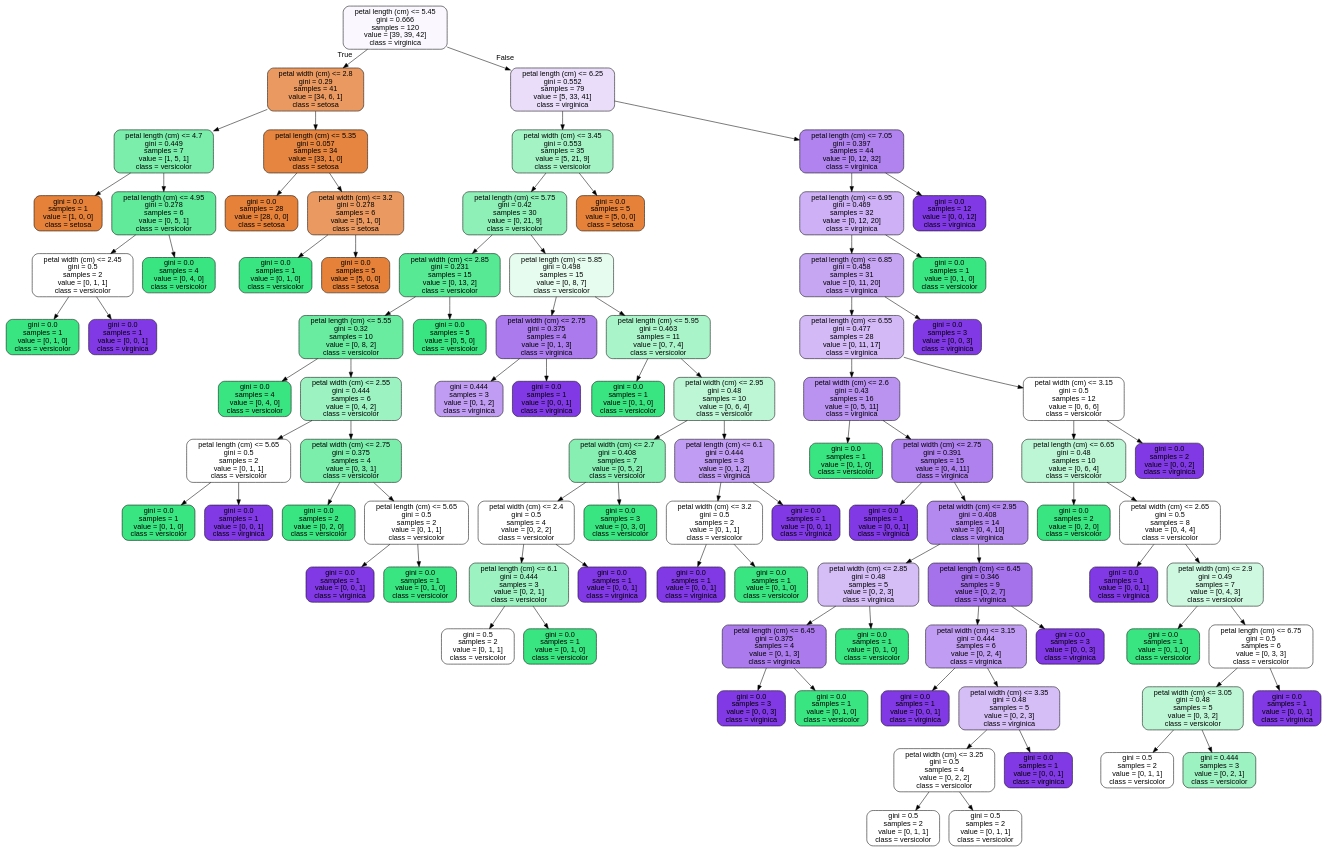
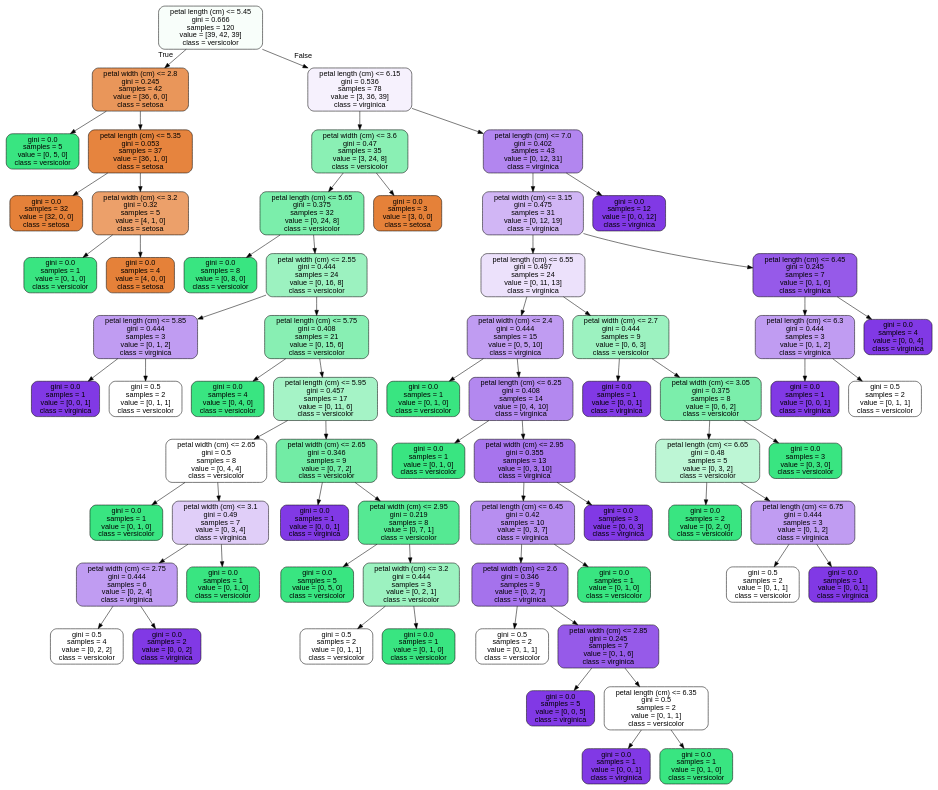
Before and after one commit to JoseDeJesusMendozaBecerril/Practica4_MineriaDeDatos: the diagram in images/decision_trees/iris_tree_train.dot, drawn with Graphviz. The commit also changed 10 other files, not shown here.

```diff
--- a/images/decision_trees/iris_tree_train.dot
+++ b/images/decision_trees/iris_tree_train.dot
@@ -1,181 +1,137 @@
 digraph Tree {
 node [shape=box, style="filled, rounded", color="black", fontname=helvetica] ;
 edge [fontname=helvetica] ;
-0 [label="petal length (cm) <= 5.45\ngini = 0.666\nsamples = 120\nvalue = [39, 39, 42]\nclass = virginica", fillcolor="#faf8fe"] ;
-1 [label="petal width (cm) <= 2.8\ngini = 0.29\nsamples = 41\nvalue = [34, 6, 1]\nclass = setosa", fillcolor="#ea9a61"] ;
+0 [label="petal length (cm) <= 5.45\ngini = 0.666\nsamples = 120\nvalue = [39, 42, 39]\nclass = versicolor", fillcolor="#f8fefa"] ;
+1 [label="petal width (cm) <= 2.8\ngini = 0.245\nsamples = 42\nvalue = [36, 6, 0]\nclass = setosa", fillcolor="#e9965a"] ;
 0 -> 1 [labeldistance=2.5, labelangle=45, headlabel="True"] ;
-2 [label="petal length (cm) <= 4.7\ngini = 0.449\nsamples = 7\nvalue = [1, 5, 1]\nclass = versicolor", fillcolor="#7beeab"] ;
+2 [label="gini = 0.0\nsamples = 5\nvalue = [0, 5, 0]\nclass = versicolor", fillcolor="#39e581"] ;
 1 -> 2 ;
-3 [label="gini = 0.0\nsamples = 1\nvalue = [1, 0, 0]\nclass = setosa", fillcolor="#e58139"] ;
-2 -> 3 ;
-4 [label="petal length (cm) <= 4.95\ngini = 0.278\nsamples = 6\nvalue = [0, 5, 1]\nclass = versicolor", fillcolor="#61ea9a"] ;
-2 -> 4 ;
-5 [label="petal width (cm) <= 2.45\ngini = 0.5\nsamples = 2\nvalue = [0, 1, 1]\nclass = versicolor", fillcolor="#ffffff"] ;
-4 -> 5 ;
+3 [label="petal length (cm) <= 5.35\ngini = 0.053\nsamples = 37\nvalue = [36, 1, 0]\nclass = setosa", fillcolor="#e6843e"] ;
+1 -> 3 ;
+4 [label="gini = 0.0\nsamples = 32\nvalue = [32, 0, 0]\nclass = setosa", fillcolor="#e58139"] ;
+3 -> 4 ;
+5 [label="petal width (cm) <= 3.2\ngini = 0.32\nsamples = 5\nvalue = [4, 1, 0]\nclass = setosa", fillcolor="#eca06a"] ;
+3 -> 5 ;
 6 [label="gini = 0.0\nsamples = 1\nvalue = [0, 1, 0]\nclass = versicolor", fillcolor="#39e581"] ;
 5 -> 6 ;
-7 [label="gini = 0.0\nsamples = 1\nvalue = [0, 0, 1]\nclass = virginica", fillcolor="#8139e5"] ;
+7 [label="gini = 0.0\nsamples = 4\nvalue = [4, 0, 0]\nclass = setosa", fillcolor="#e58139"] ;
 5 -> 7 ;
-8 [label="gini = 0.0\nsamples = 4\nvalue = [0, 4, 0]\nclass = versicolor", fillcolor="#39e581"] ;
-4 -> 8 ;
-9 [label="petal length (cm) <= 5.35\ngini = 0.057\nsamples = 34\nvalue = [33, 1, 0]\nclass = setosa", fillcolor="#e6853f"] ;
-1 -> 9 ;
-10 [label="gini = 0.0\nsamples = 28\nvalue = [28, 0, 0]\nclass = setosa", fillcolor="#e58139"] ;
+8 [label="petal length (cm) <= 6.15\ngini = 0.536\nsamples = 78\nvalue = [3, 36, 39]\nclass = virginica", fillcolor="#f6f1fd"] ;
+0 -> 8 [labeldistance=2.5, labelangle=-45, headlabel="False"] ;
+9 [label="petal width (cm) <= 3.6\ngini = 0.47\nsamples = 35\nvalue = [3, 24, 8]\nclass = versicolor", fillcolor="#8af0b4"] ;
+8 -> 9 ;
+10 [label="petal length (cm) <= 5.65\ngini = 0.375\nsamples = 32\nvalue = [0, 24, 8]\nclass = versicolor", fillcolor="#7beeab"] ;
 9 -> 10 ;
-11 [label="petal width (cm) <= 3.2\ngini = 0.278\nsamples = 6\nvalue = [5, 1, 0]\nclass = setosa", fillcolor="#ea9a61"] ;
-9 -> 11 ;
-12 [label="gini = 0.0\nsamples = 1\nvalue = [0, 1, 0]\nclass = versicolor", fillcolor="#39e581"] ;
-11 -> 12 ;
-13 [label="gini = 0.0\nsamples = 5\nvalue = [5, 0, 0]\nclass = setosa", fillcolor="#e58139"] ;
-11 -> 13 ;
-14 [label="petal length (cm) <= 6.25\ngini = 0.552\nsamples = 79\nvalue = [5, 33, 41]\nclass = virginica", fillcolor="#e9ddfa"] ;
-0 -> 14 [labeldistance=2.5, labelangle=-45, headlabel="False"] ;
-15 [label="petal width (cm) <= 3.45\ngini = 0.553\nsamples = 35\nvalue = [5, 21, 9]\nclass = versicolor", fillcolor="#a4f3c5"] ;
-14 -> 15 ;
-16 [label="petal length (cm) <= 5.75\ngini = 0.42\nsamples = 30\nvalue = [0, 21, 9]\nclass = versicolor", fillcolor="#8ef0b7"] ;
-15 -> 16 ;
-17 [label="petal width (cm) <= 2.85\ngini = 0.231\nsamples = 15\nvalue = [0, 13, 2]\nclass = versicolor", fillcolor="#57e994"] ;
+11 [label="gini = 0.0\nsamples = 8\nvalue = [0, 8, 0]\nclass = versicolor", fillcolor="#39e581"] ;
+10 -> 11 ;
+12 [label="petal width (cm) <= 2.55\ngini = 0.444\nsamples = 24\nvalue = [0, 16, 8]\nclass = versicolor", fillcolor="#9cf2c0"] ;
+10 -> 12 ;
+13 [label="petal length (cm) <= 5.85\ngini = 0.444\nsamples = 3\nvalue = [0, 1, 2]\nclass = virginica", fillcolor="#c09cf2"] ;
+12 -> 13 ;
+14 [label="gini = 0.0\nsamples = 1\nvalue = [0, 0, 1]\nclass = virginica", fillcolor="#8139e5"] ;
+13 -> 14 ;
+15 [label="gini = 0.5\nsamples = 2\nvalue = [0, 1, 1]\nclass = versicolor", fillcolor="#ffffff"] ;
+13 -> 15 ;
+16 [label="petal length (cm) <= 5.75\ngini = 0.408\nsamples = 21\nvalue = [0, 15, 6]\nclass = versicolor", fillcolor="#88efb3"] ;
+12 -> 16 ;
+17 [label="gini = 0.0\nsamples = 4\nvalue = [0, 4, 0]\nclass = versicolor", fillcolor="#39e581"] ;
 16 -> 17 ;
-18 [label="petal length (cm) <= 5.55\ngini = 0.32\nsamples = 10\nvalue = [0, 8, 2]\nclass = versicolor", fillcolor="#6aeca0"] ;
-17 -> 18 ;
-19 [label="gini = 0.0\nsamples = 4\nvalue = [0, 4, 0]\nclass = versicolor", fillcolor="#39e581"] ;
+18 [label="petal length (cm) <= 5.95\ngini = 0.457\nsamples = 17\nvalue = [0, 11, 6]\nclass = versicolor", fillcolor="#a5f3c6"] ;
+16 -> 18 ;
+19 [label="petal width (cm) <= 2.65\ngini = 0.5\nsamples = 8\nvalue = [0, 4, 4]\nclass = versicolor", fillcolor="#ffffff"] ;
 18 -> 19 ;
-20 [label="petal width (cm) <= 2.55\ngini = 0.444\nsamples = 6\nvalue = [0, 4, 2]\nclass = versicolor", fillcolor="#9cf2c0"] ;
-18 -> 20 ;
-21 [label="petal length (cm) <= 5.65\ngini = 0.5\nsamples = 2\nvalue = [0, 1, 1]\nclass = versicolor", fillcolor="#ffffff"] ;
-20 -> 21 ;
-22 [label="gini = 0.0\nsamples = 1\nvalue = [0, 1, 0]\nclass = versicolor", fillcolor="#39e581"] ;
+20 [label="gini = 0.0\nsamples = 1\nvalue = [0, 1, 0]\nclass = versicolor", fillcolor="#39e581"] ;
+19 -> 20 ;
+21 [label="petal width (cm) <= 3.1\ngini = 0.49\nsamples = 7\nvalue = [0, 3, 4]\nclass = virginica", fillcolor="#e0cef8"] ;
+19 -> 21 ;
+22 [label="petal width (cm) <= 2.75\ngini = 0.444\nsamples = 6\nvalue = [0, 2, 4]\nclass = virginica", fillcolor="#c09cf2"] ;
 21 -> 22 ;
-23 [label="gini = 0.0\nsamples = 1\nvalue = [0, 0, 1]\nclass = virginica", fillcolor="#8139e5"] ;
-21 -> 23 ;
-24 [label="petal width (cm) <= 2.75\ngini = 0.375\nsamples = 4\nvalue = [0, 3, 1]\nclass = versicolor", fillcolor="#7beeab"] ;
-20 -> 24 ;
-25 [label="gini = 0.0\nsamples = 2\nvalue = [0, 2, 0]\nclass = versicolor", fillcolor="#39e581"] ;
-24 -> 25 ;
-26 [label="petal length (cm) <= 5.65\ngini = 0.5\nsamples = 2\nvalue = [0, 1, 1]\nclass = versicolor", fillcolor="#ffffff"] ;
-24 -> 26 ;
+23 [label="gini = 0.5\nsamples = 4\nvalue = [0, 2, 2]\nclass = versicolor", fillcolor="#ffffff"] ;
+22 -> 23 ;
+24 [label="gini = 0.0\nsamples = 2\nvalue = [0, 0, 2]\nclass = virginica", fillcolor="#8139e5"] ;
+22 -> 24 ;
+25 [label="gini = 0.0\nsamples = 1\nvalue = [0, 1, 0]\nclass = versicolor", fillcolor="#39e581"] ;
+21 -> 25 ;
+26 [label="petal width (cm) <= 2.65\ngini = 0.346\nsamples = 9\nvalue = [0, 7, 2]\nclass = versicolor", fillcolor="#72eca5"] ;
+18 -> 26 ;
 27 [label="gini = 0.0\nsamples = 1\nvalue = [0, 0, 1]\nclass = virginica", fillcolor="#8139e5"] ;
 26 -> 27 ;
-28 [label="gini = 0.0\nsamples = 1\nvalue = [0, 1, 0]\nclass = versicolor", fillcolor="#39e581"] ;
+28 [label="petal width (cm) <= 2.95\ngini = 0.219\nsamples = 8\nvalue = [0, 7, 1]\nclass = versicolor", fillcolor="#55e993"] ;
 26 -> 28 ;
 29 [label="gini = 0.0\nsamples = 5\nvalue = [0, 5, 0]\nclass = versicolor", fillcolor="#39e581"] ;
-17 -> 29 ;
-30 [label="petal length (cm) <= 5.85\ngini = 0.498\nsamples = 15\nvalue = [0, 8, 7]\nclass = versicolor", fillcolor="#e6fcef"] ;
-16 -> 30 ;
-31 [label="petal width (cm) <= 2.75\ngini = 0.375\nsamples = 4\nvalue = [0, 1, 3]\nclass = virginica", fillcolor="#ab7bee"] ;
+28 -> 29 ;
+30 [label="petal width (cm) <= 3.2\ngini = 0.444\nsamples = 3\nvalue = [0, 2, 1]\nclass = versicolor", fillcolor="#9cf2c0"] ;
+28 -> 30 ;
+31 [label="gini = 0.5\nsamples = 2\nvalue = [0, 1, 1]\nclass = versicolor", fillcolor="#ffffff"] ;
 30 -> 31 ;
-32 [label="gini = 0.444\nsamples = 3\nvalue = [0, 1, 2]\nclass = virginica", fillcolor="#c09cf2"] ;
-31 -> 32 ;
-33 [label="gini = 0.0\nsamples = 1\nvalue = [0, 0, 1]\nclass = virginica", fillcolor="#8139e5"] ;
-31 -> 33 ;
-34 [label="petal length (cm) <= 5.95\ngini = 0.463\nsamples = 11\nvalue = [0, 7, 4]\nclass = versicolor", fillcolor="#aaf4c9"] ;
-30 -> 34 ;
-35 [label="gini = 0.0\nsamples = 1\nvalue = [0, 1, 0]\nclass = versicolor", fillcolor="#39e581"] ;
+32 [label="gini = 0.0\nsamples = 1\nvalue = [0, 1, 0]\nclass = versicolor", fillcolor="#39e581"] ;
+30 -> 32 ;
+33 [label="gini = 0.0\nsamples = 3\nvalue = [3, 0, 0]\nclass = setosa", fillcolor="#e58139"] ;
+9 -> 33 ;
+34 [label="petal length (cm) <= 7.0\ngini = 0.402\nsamples = 43\nvalue = [0, 12, 31]\nclass = virginica", fillcolor="#b286ef"] ;
+8 -> 34 ;
+35 [label="petal width (cm) <= 3.15\ngini = 0.475\nsamples = 31\nvalue = [0, 12, 19]\nclass = virginica", fillcolor="#d1b6f5"] ;
 34 -> 35 ;
-36 [label="petal width (cm) <= 2.95\ngini = 0.48\nsamples = 10\nvalue = [0, 6, 4]\nclass = versicolor", fillcolor="#bdf6d5"] ;
-34 -> 36 ;
-37 [label="petal width (cm) <= 2.7\ngini = 0.408\nsamples = 7\nvalue = [0, 5, 2]\nclass = versicolor", fillcolor="#88efb3"] ;
+36 [label="petal length (cm) <= 6.55\ngini = 0.497\nsamples = 24\nvalue = [0, 11, 13]\nclass = virginica", fillcolor="#ece1fb"] ;
+35 -> 36 ;
+37 [label="petal width (cm) <= 2.4\ngini = 0.444\nsamples = 15\nvalue = [0, 5, 10]\nclass = virginica", fillcolor="#c09cf2"] ;
 36 -> 37 ;
-38 [label="petal width (cm) <= 2.4\ngini = 0.5\nsamples = 4\nvalue = [0, 2, 2]\nclass = versicolor", fillcolor="#ffffff"] ;
+38 [label="gini = 0.0\nsamples = 1\nvalue = [0, 1, 0]\nclass = versicolor", fillcolor="#39e581"] ;
 37 -> 38 ;
-39 [label="petal length (cm) <= 6.1\ngini = 0.444\nsamples = 3\nvalue = [0, 2, 1]\nclass = versicolor", fillcolor="#9cf2c0"] ;
-38 -> 39 ;
-40 [label="gini = 0.5\nsamples = 2\nvalue = [0, 1, 1]\nclass = versicolor", fillcolor="#ffffff"] ;
+39 [label="petal length (cm) <= 6.25\ngini = 0.408\nsamples = 14\nvalue = [0, 4, 10]\nclass = virginica", fillcolor="#b388ef"] ;
+37 -> 39 ;
+40 [label="gini = 0.0\nsamples = 1\nvalue = [0, 1, 0]\nclass = versicolor", fillcolor="#39e581"] ;
 39 -> 40 ;
-41 [label="gini = 0.0\nsamples = 1\nvalue = [0, 1, 0]\nclass = versicolor", fillcolor="#39e581"] ;
+41 [label="petal width (cm) <= 2.95\ngini = 0.355\nsamples = 13\nvalue = [0, 3, 10]\nclass = virginica", fillcolor="#a774ed"] ;
 39 -> 41 ;
-42 [label="gini = 0.0\nsamples = 1\nvalue = [0, 0, 1]\nclass = virginica", fillcolor="#8139e5"] ;
-38 -> 42 ;
-43 [label="gini = 0.0\nsamples = 3\nvalue = [0, 3, 0]\nclass = versicolor", fillcolor="#39e581"] ;
-37 -> 43 ;
-44 [label="petal length (cm) <= 6.1\ngini = 0.444\nsamples = 3\nvalue = [0, 1, 2]\nclass = virginica", fillcolor="#c09cf2"] ;
-36 -> 44 ;
-45 [label="petal width (cm) <= 3.2\ngini = 0.5\nsamples = 2\nvalue = [0, 1, 1]\nclass = versicolor", fillcolor="#ffffff"] ;
-44 -> 45 ;
-46 [label="gini = 0.0\nsamples = 1\nvalue = [0, 0, 1]\nclass = virginica", fillcolor="#8139e5"] ;
+42 [label="petal length (cm) <= 6.45\ngini = 0.42\nsamples = 10\nvalue = [0, 3, 7]\nclass = virginica", fillcolor="#b78ef0"] ;
+41 -> 42 ;
+43 [label="petal width (cm) <= 2.6\ngini = 0.346\nsamples = 9\nvalue = [0, 2, 7]\nclass = virginica", fillcolor="#a572ec"] ;
+42 -> 43 ;
+44 [label="gini = 0.5\nsamples = 2\nvalue = [0, 1, 1]\nclass = versicolor", fillcolor="#ffffff"] ;
+43 -> 44 ;
+45 [label="petal width (cm) <= 2.85\ngini = 0.245\nsamples = 7\nvalue = [0, 1, 6]\nclass = virginica", fillcolor="#965ae9"] ;
+43 -> 45 ;
+46 [label="gini = 0.0\nsamples = 5\nvalue = [0, 0, 5]\nclass = virginica", fillcolor="#8139e5"] ;
 45 -> 46 ;
-47 [label="gini = 0.0\nsamples = 1\nvalue = [0, 1, 0]\nclass = versicolor", fillcolor="#39e581"] ;
+47 [label="petal length (cm) <= 6.35\ngini = 0.5\nsamples = 2\nvalue = [0, 1, 1]\nclass = versicolor", fillcolor="#ffffff"] ;
 45 -> 47 ;
 48 [label="gini = 0.0\nsamples = 1\nvalue = [0, 0, 1]\nclass = virginica", fillcolor="#8139e5"] ;
-44 -> 48 ;
-49 [label="gini = 0.0\nsamples = 5\nvalue = [5, 0, 0]\nclass = setosa", fillcolor="#e58139"] ;
-15 -> 49 ;
-50 [label="petal length (cm) <= 7.05\ngini = 0.397\nsamples = 44\nvalue = [0, 12, 32]\nclass = virginica", fillcolor="#b083ef"] ;
-14 -> 50 ;
-51 [label="petal length (cm) <= 6.95\ngini = 0.469\nsamples = 32\nvalue = [0, 12, 20]\nclass = virginica", fillcolor="#cdb0f5"] ;
-50 -> 51 ;
-52 [label="petal length (cm) <= 6.85\ngini = 0.458\nsamples = 31\nvalue = [0, 11, 20]\nclass = virginica", fillcolor="#c6a6f3"] ;
-51 -> 52 ;
-53 [label="petal length (cm) <= 6.55\ngini = 0.477\nsamples = 28\nvalue = [0, 11, 17]\nclass = virginica", fillcolor="#d3b9f6"] ;
+47 -> 48 ;
+49 [label="gini = 0.0\nsamples = 1\nvalue = [0, 1, 0]\nclass = versicolor", fillcolor="#39e581"] ;
+47 -> 49 ;
+50 [label="gini = 0.0\nsamples = 1\nvalue = [0, 1, 0]\nclass = versicolor", fillcolor="#39e581"] ;
+42 -> 50 ;
+51 [label="gini = 0.0\nsamples = 3\nvalue = [0, 0, 3]\nclass = virginica", fillcolor="#8139e5"] ;
+41 -> 51 ;
+52 [label="petal width (cm) <= 2.7\ngini = 0.444\nsamples = 9\nvalue = [0, 6, 3]\nclass = versicolor", fillcolor="#9cf2c0"] ;
+36 -> 52 ;
+53 [label="gini = 0.0\nsamples = 1\nvalue = [0, 0, 1]\nclass = virginica", fillcolor="#8139e5"] ;
 52 -> 53 ;
-54 [label="petal width (cm) <= 2.6\ngini = 0.43\nsamples = 16\nvalue = [0, 5, 11]\nclass = virginica", fillcolor="#ba93f1"] ;
-53 -> 54 ;
-55 [label="gini = 0.0\nsamples = 1\nvalue = [0, 1, 0]\nclass = versicolor", fillcolor="#39e581"] ;
+54 [label="petal width (cm) <= 3.05\ngini = 0.375\nsamples = 8\nvalue = [0, 6, 2]\nclass = versicolor", fillcolor="#7beeab"] ;
+52 -> 54 ;
+55 [label="petal length (cm) <= 6.65\ngini = 0.48\nsamples = 5\nvalue = [0, 3, 2]\nclass = versicolor", fillcolor="#bdf6d5"] ;
 54 -> 55 ;
-56 [label="petal width (cm) <= 2.75\ngini = 0.391\nsamples = 15\nvalue = [0, 4, 11]\nclass = virginica", fillcolor="#af81ee"] ;
-54 -> 56 ;
-57 [label="gini = 0.0\nsamples = 1\nvalue = [0, 0, 1]\nclass = virginica", fillcolor="#8139e5"] ;
-56 -> 57 ;
-58 [label="petal width (cm) <= 2.95\ngini = 0.408\nsamples = 14\nvalue = [0, 4, 10]\nclass = virginica", fillcolor="#b388ef"] ;
-56 -> 58 ;
-59 [label="petal width (cm) <= 2.85\ngini = 0.48\nsamples = 5\nvalue = [0, 2, 3]\nclass = virginica", fillcolor="#d5bdf6"] ;
-58 -> 59 ;
-60 [label="petal length (cm) <= 6.45\ngini = 0.375\nsamples = 4\nvalue = [0, 1, 3]\nclass = virginica", fillcolor="#ab7bee"] ;
-59 -> 60 ;
-61 [label="gini = 0.0\nsamples = 3\nvalue = [0, 0, 3]\nclass = virginica", fillcolor="#8139e5"] ;
-60 -> 61 ;
-62 [label="gini = 0.0\nsamples = 1\nvalue = [0, 1, 0]\nclass = versicolor", fillcolor="#39e581"] ;
-60 -> 62 ;
-63 [label="gini = 0.0\nsamples = 1\nvalue = [0, 1, 0]\nclass = versicolor", fillcolor="#39e581"] ;
-59 -> 63 ;
-64 [label="petal length (cm) <= 6.45\ngini = 0.346\nsamples = 9\nvalue = [0, 2, 7]\nclass = virginica", fillcolor="#a572ec"] ;
-58 -> 64 ;
-65 [label="petal width (cm) <= 3.15\ngini = 0.444\nsamples = 6\nvalue = [0, 2, 4]\nclass = virginica", fillcolor="#c09cf2"] ;
-64 -> 65 ;
-66 [label="gini = 0.0\nsamples = 1\nvalue = [0, 0, 1]\nclass = virginica", fillcolor="#8139e5"] ;
-65 -> 66 ;
-67 [label="petal width (cm) <= 3.35\ngini = 0.48\nsamples = 5\nvalue = [0, 2, 3]\nclass = virginica", fillcolor="#d5bdf6"] ;
-65 -> 67 ;
-68 [label="petal width (cm) <= 3.25\ngini = 0.5\nsamples = 4\nvalue = [0, 2, 2]\nclass = versicolor", fillcolor="#ffffff"] ;
-67 -> 68 ;
-69 [label="gini = 0.5\nsamples = 2\nvalue = [0, 1, 1]\nclass = versicolor", fillcolor="#ffffff"] ;
-68 -> 69 ;
-70 [label="gini = 0.5\nsamples = 2\nvalue = [0, 1, 1]\nclass = versicolor", fillcolor="#ffffff"] ;
-68 -> 70 ;
-71 [label="gini = 0.0\nsamples = 1\nvalue = [0, 0, 1]\nclass = virginica", fillcolor="#8139e5"] ;
-67 -> 71 ;
-72 [label="gini = 0.0\nsamples = 3\nvalue = [0, 0, 3]\nclass = virginica", fillcolor="#8139e5"] ;
-64 -> 72 ;
-73 [label="petal width (cm) <= 3.15\ngini = 0.5\nsamples = 12\nvalue = [0, 6, 6]\nclass = versicolor", fillcolor="#ffffff"] ;
-53 -> 73 ;
-74 [label="petal length (cm) <= 6.65\ngini = 0.48\nsamples = 10\nvalue = [0, 6, 4]\nclass = versicolor", fillcolor="#bdf6d5"] ;
-73 -> 74 ;
-75 [label="gini = 0.0\nsamples = 2\nvalue = [0, 2, 0]\nclass = versicolor", fillcolor="#39e581"] ;
-74 -> 75 ;
-76 [label="petal width (cm) <= 2.65\ngini = 0.5\nsamples = 8\nvalue = [0, 4, 4]\nclass = versicolor", fillcolor="#ffffff"] ;
-74 -> 76 ;
-77 [label="gini = 0.0\nsamples = 1\nvalue = [0, 0, 1]\nclass = virginica", fillcolor="#8139e5"] ;
-76 -> 77 ;
-78 [label="petal width (cm) <= 2.9\ngini = 0.49\nsamples = 7\nvalue = [0, 4, 3]\nclass = versicolor", fillcolor="#cef8e0"] ;
-76 -> 78 ;
-79 [label="gini = 0.0\nsamples = 1\nvalue = [0, 1, 0]\nclass = versicolor", fillcolor="#39e581"] ;
-78 -> 79 ;
-80 [label="petal length (cm) <= 6.75\ngini = 0.5\nsamples = 6\nvalue = [0, 3, 3]\nclass = versicolor", fillcolor="#ffffff"] ;
-78 -> 80 ;
-81 [label="petal width (cm) <= 3.05\ngini = 0.48\nsamples = 5\nvalue = [0, 3, 2]\nclass = versicolor", fillcolor="#bdf6d5"] ;
-80 -> 81 ;
-82 [label="gini = 0.5\nsamples = 2\nvalue = [0, 1, 1]\nclass = versicolor", fillcolor="#ffffff"] ;
-81 -> 82 ;
-83 [label="gini = 0.444\nsamples = 3\nvalue = [0, 2, 1]\nclass = versicolor", fillcolor="#9cf2c0"] ;
-81 -> 83 ;
-84 [label="gini = 0.0\nsamples = 1\nvalue = [0, 0, 1]\nclass = virginica", fillcolor="#8139e5"] ;
-80 -> 84 ;
-85 [label="gini = 0.0\nsamples = 2\nvalue = [0, 0, 2]\nclass = virginica", fillcolor="#8139e5"] ;
-73 -> 85 ;
-86 [label="gini = 0.0\nsamples = 3\nvalue = [0, 0, 3]\nclass = virginica", fillcolor="#8139e5"] ;
-52 -> 86 ;
-87 [label="gini = 0.0\nsamples = 1\nvalue = [0, 1, 0]\nclass = versicolor", fillcolor="#39e581"] ;
-51 -> 87 ;
-88 [label="gini = 0.0\nsamples = 12\nvalue = [0, 0, 12]\nclass = virginica", fillcolor="#8139e5"] ;
-50 -> 88 ;
+56 [label="gini = 0.0\nsamples = 2\nvalue = [0, 2, 0]\nclass = versicolor", fillcolor="#39e581"] ;
+55 -> 56 ;
+57 [label="petal length (cm) <= 6.75\ngini = 0.444\nsamples = 3\nvalue = [0, 1, 2]\nclass = virginica", fillcolor="#c09cf2"] ;
+55 -> 57 ;
+58 [label="gini = 0.5\nsamples = 2\nvalue = [0, 1, 1]\nclass = versicolor", fillcolor="#ffffff"] ;
+57 -> 58 ;
+59 [label="gini = 0.0\nsamples = 1\nvalue = [0, 0, 1]\nclass = virginica", fillcolor="#8139e5"] ;
+57 -> 59 ;
+60 [label="gini = 0.0\nsamples = 3\nvalue = [0, 3, 0]\nclass = versicolor", fillcolor="#39e581"] ;
+54 -> 60 ;
+61 [label="petal length (cm) <= 6.45\ngini = 0.245\nsamples = 7\nvalue = [0, 1, 6]\nclass = virginica", fillcolor="#965ae9"] ;
+35 -> 61 ;
+62 [label="petal length (cm) <= 6.3\ngini = 0.444\nsamples = 3\nvalue = [0, 1, 2]\nclass = virginica", fillcolor="#c09cf2"] ;
+61 -> 62 ;
+63 [label="gini = 0.0\nsamples = 1\nvalue = [0, 0, 1]\nclass = virginica", fillcolor="#8139e5"] ;
+62 -> 63 ;
+64 [label="gini = 0.5\nsamples = 2\nvalue = [0, 1, 1]\nclass = versicolor", fillcolor="#ffffff"] ;
+62 -> 64 ;
+65 [label="gini = 0.0\nsamples = 4\nvalue = [0, 0, 4]\nclass = virginica", fillcolor="#8139e5"] ;
+61 -> 65 ;
+66 [label="gini = 0.0\nsamples = 12\nvalue = [0, 0, 12]\nclass = virginica", fillcolor="#8139e5"] ;
+34 -> 66 ;
 }
```
